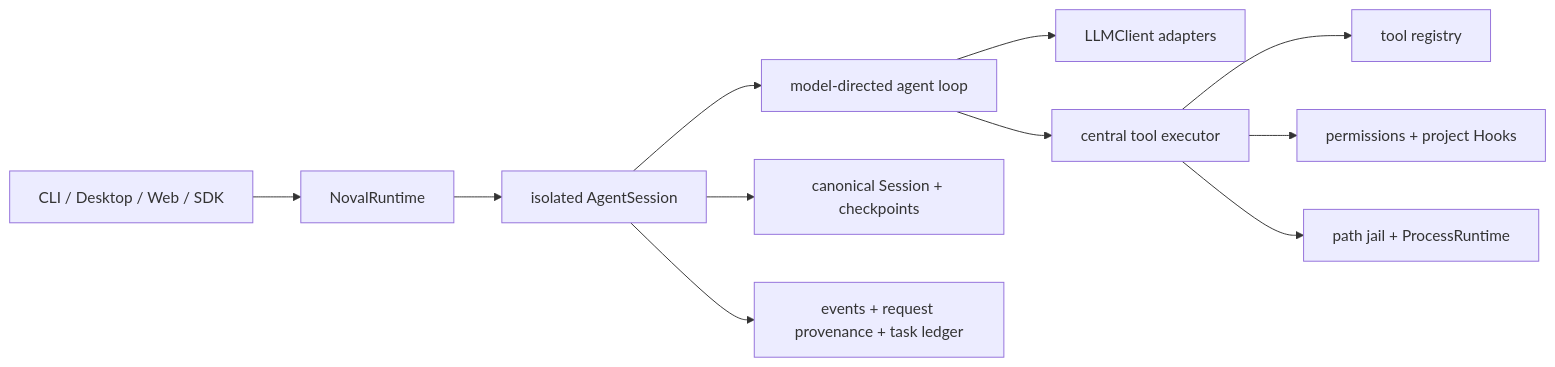
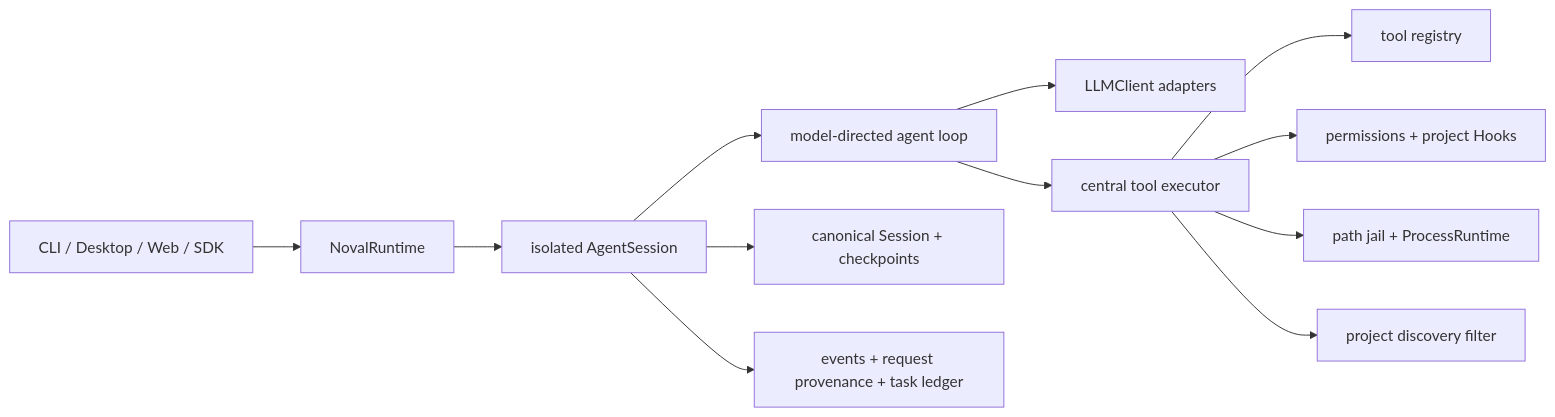
Before and after one commit to kestiny18/Noval: the diagram in DESIGN.md, drawn with Mermaid. The commit also changed other lines of this file and 13 other files, not shown here.

Commit message:
feat: add project discovery ignore rules (#17)

````diff
--- a/DESIGN.md
+++ b/DESIGN.md
@@ -33,13 +33,14 @@
 ```mermaid
 flowchart LR
     Host["CLI / Desktop / Web / SDK"] --> Runtime["NovalRuntime"]
     Runtime --> Sessions["isolated AgentSession"]
     Sessions --> Agent["model-directed agent loop"]
     Agent --> Provider["LLMClient adapters"]
     Agent --> Executor["central tool executor"]
     Executor --> Registry["tool registry"]
     Executor --> Authority["permissions + project Hooks"]
     Executor --> Boundary["path jail + ProcessRuntime"]
+    Executor --> Discovery["project discovery filter"]
     Sessions --> State["canonical Session + checkpoints"]
     Sessions --> Evidence["events + request provenance + task ledger"]
 ```
````
